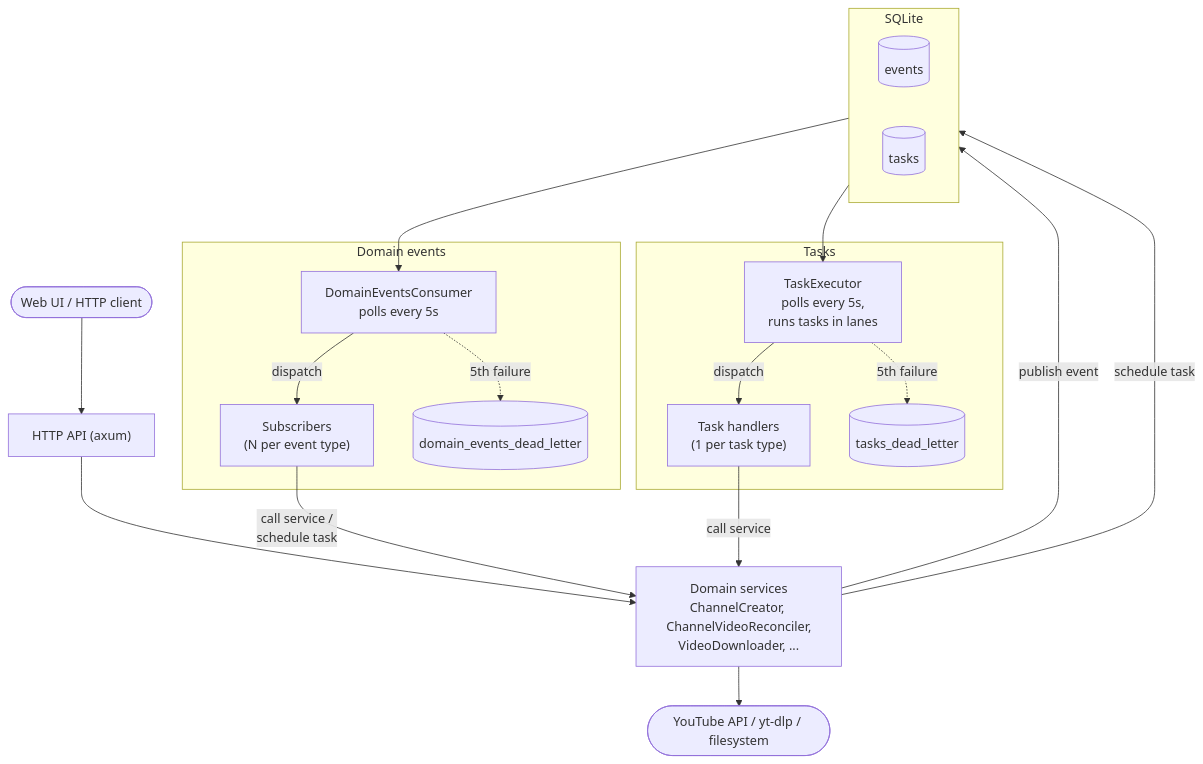
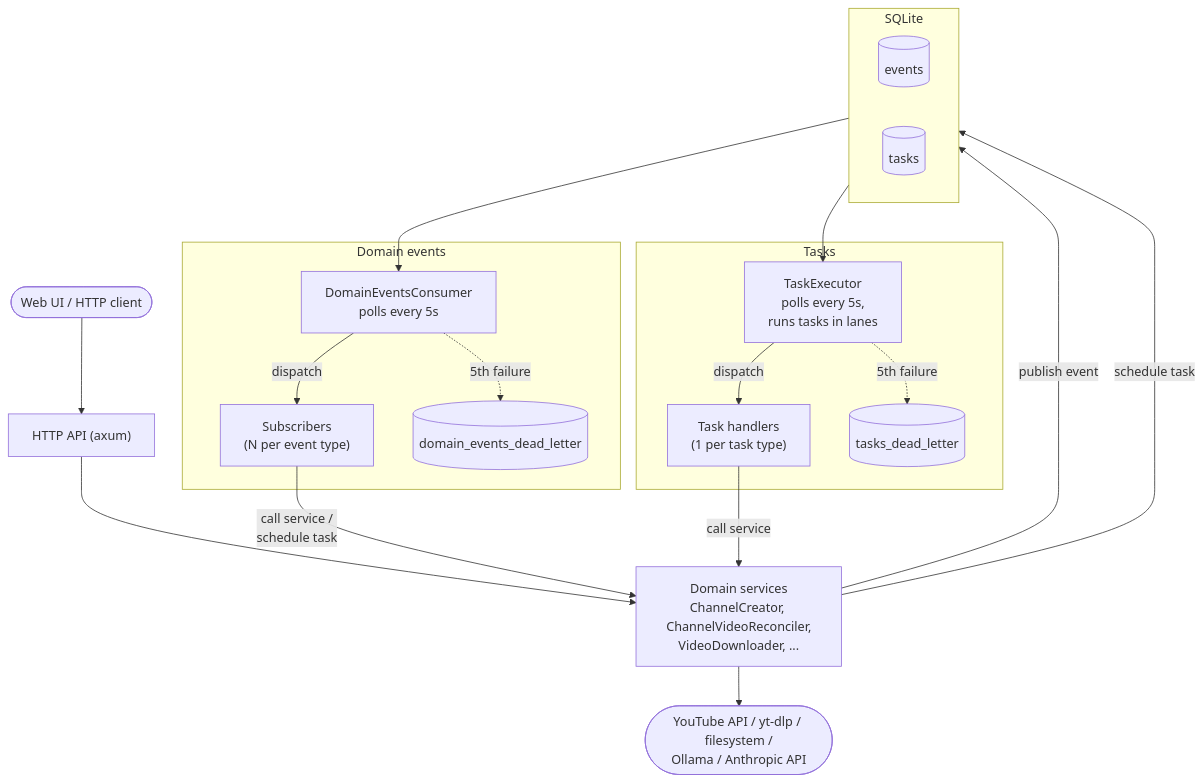
One commit to sergigp/yarrtube changed the first of 2 diagrams in doc/ARCHITECTURE.md. Above: the diagram before and after it, drawn with Mermaid. The commit also changed other lines of this file and 105 other files, not shown here.

Commit message:
Run AI features on Anthropic as an alternative to Ollama (#193)

````diff
--- a/doc/ARCHITECTURE.md
+++ b/doc/ARCHITECTURE.md
@@ -11,38 +11,38 @@
 ```mermaid
 flowchart TB
     client(["Web UI / HTTP client"])
     api["HTTP API (axum)"]
     services["Domain services<br/>ChannelCreator, ChannelVideoReconciler,<br/>VideoDownloader, ..."]
-    external(["YouTube API / yt-dlp / filesystem"])
+    external(["YouTube API / yt-dlp / filesystem /<br/>Ollama / Anthropic API"])
 
     subgraph db["SQLite"]
         direction LR
         events[("events")]
         tasks[("tasks")]
     end
 
     subgraph events_side["Domain events"]
         consumer["DomainEventsConsumer<br/>polls every 5s"]
         subscribers["Subscribers<br/>(N per event type)"]
         events_dl[("domain_events_dead_letter")]
     end
 
     subgraph tasks_side["Tasks"]
         executor["TaskExecutor<br/>polls every 5s,<br/>runs tasks in lanes"]
         handlers["Task handlers<br/>(1 per task type)"]
         tasks_dl[("tasks_dead_letter")]
     end
 
     client --> api --> services
     services --> external
     services -- "publish event" --> events
     services -- "schedule task" --> tasks
 
     events --> consumer -- "dispatch" --> subscribers
     consumer -. "5th failure" .-> events_dl
     tasks --> executor -- "dispatch" --> handlers
     executor -. "5th failure" .-> tasks_dl
 
     subscribers -- "call service /<br/>schedule task" --> services
     handlers -- "call service" --> services
 ```
````
